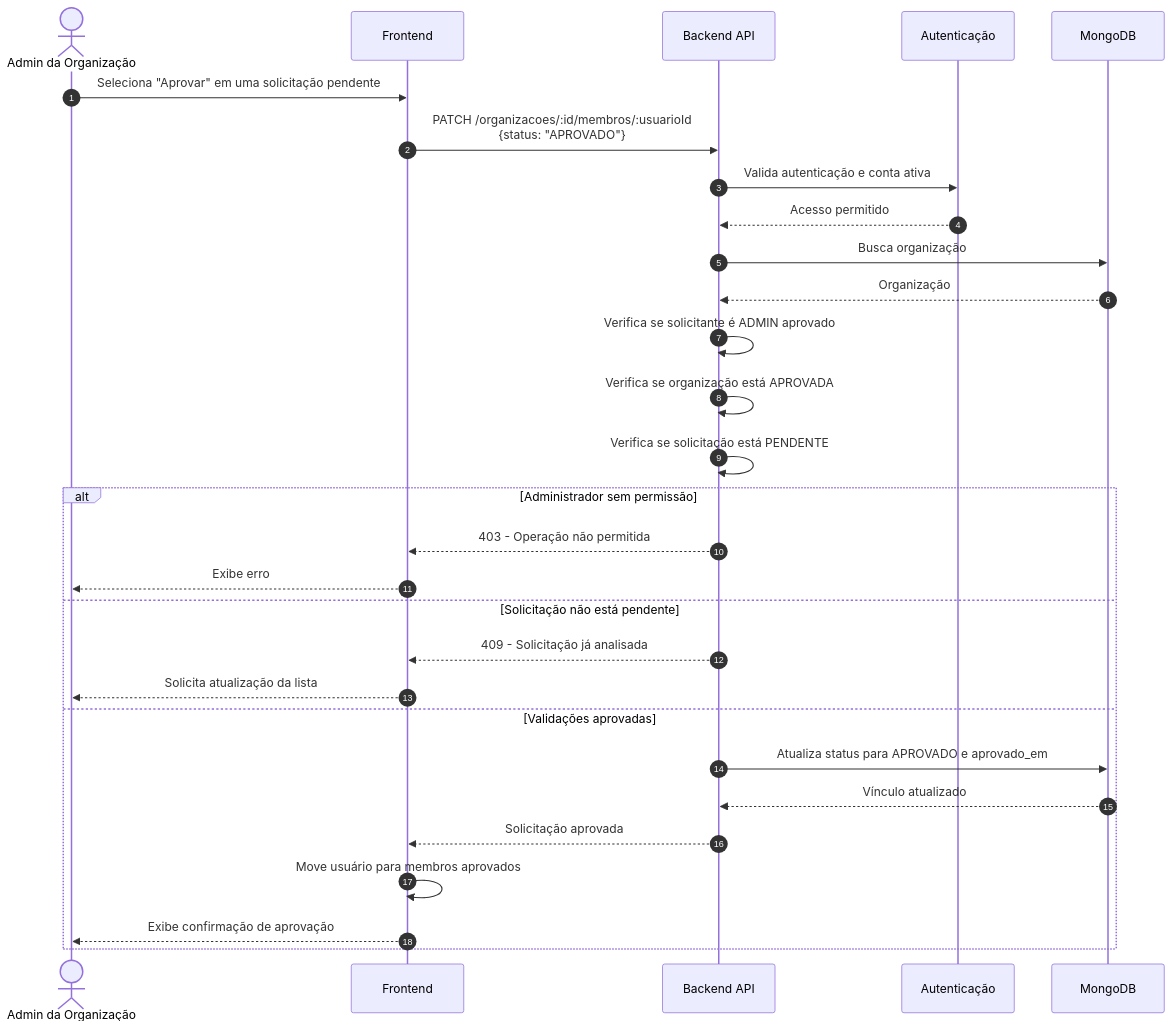
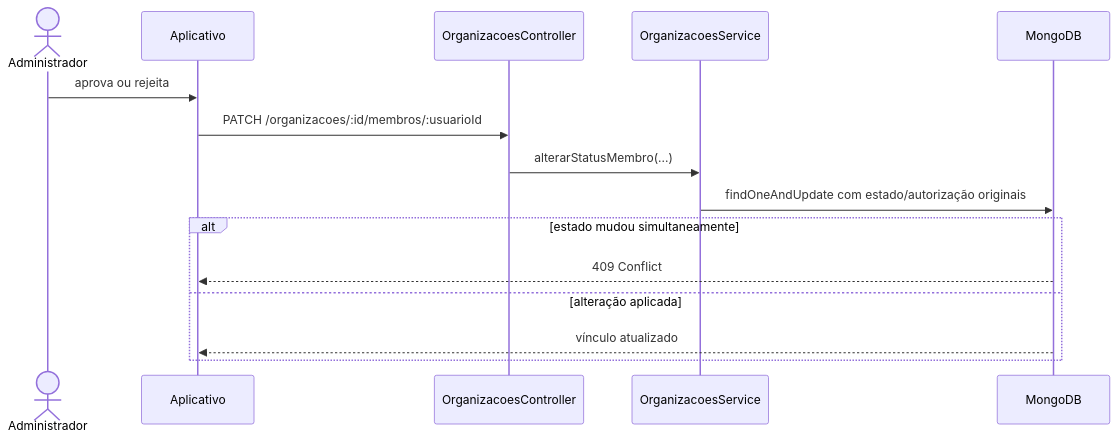
The sixth of 7 diagrams in 2 - Incremento1/cadastro-usuario/6 - diagramas-sequencia-cadastro-usuario.md (Conecta-IFSP/DOCUMENTATION), drawn with Mermaid before and after one commit. The commit also changed other lines of this file and 43 other files, not shown here.

````diff
--- a/2 - Incremento1/cadastro-usuario/6 - diagramas-sequencia-cadastro-usuario.md
+++ b/2 - Incremento1/cadastro-usuario/6 - diagramas-sequencia-cadastro-usuario.md
@@ -263,39 +107,17 @@
 ```mermaid
 sequenceDiagram
-    autonumber
-
-    actor AdminOrg as Admin da Organização
-    participant Frontend as Frontend
-    participant API as Backend API
-    participant Guards as Autenticação
+    actor A as Administrador
+    participant F as Aplicativo
+    participant OC as OrganizacoesController
+    participant OS as OrganizacoesService
     participant DB as MongoDB
-
-    AdminOrg->>Frontend: Seleciona "Aprovar" em uma solicitação pendente
-
-    Frontend->>API: PATCH /organizacoes/:id/membros/:usuarioId<br/>{status: "APROVADO"}
-
-    API->>Guards: Valida autenticação e conta ativa
-    Guards-->>API: Acesso permitido
-
-    API->>DB: Busca organização
-    DB-->>API: Organização
-
-    API->>API: Verifica se solicitante é ADMIN aprovado
-    API->>API: Verifica se organização está APROVADA
-    API->>API: Verifica se solicitação está PENDENTE
-
-    alt Administrador sem permissão
-        API-->>Frontend: 403 - Operação não permitida
-        Frontend-->>AdminOrg: Exibe erro
-    else Solicitação não está pendente
-        API-->>Frontend: 409 - Solicitação já analisada
-        Frontend-->>AdminOrg: Solicita atualização da lista
-    else Validações aprovadas
-        API->>DB: Atualiza status para APROVADO e aprovado_em
-        DB-->>API: Vínculo atualizado
-
-        API-->>Frontend: Solicitação aprovada
-        Frontend->>Frontend: Move usuário para membros aprovados
-        Frontend-->>AdminOrg: Exibe confirmação de aprovação
+    A->>F: aprova ou rejeita
+    F->>OC: PATCH /organizacoes/:id/membros/:usuarioId
+    OC->>OS: alterarStatusMembro(...)
+    OS->>DB: findOneAndUpdate com estado/autorização originais
+    alt estado mudou simultaneamente
+        DB-->>F: 409 Conflict
+    else alteração aplicada
+        DB-->>F: vínculo atualizado
     end
 ```
````
